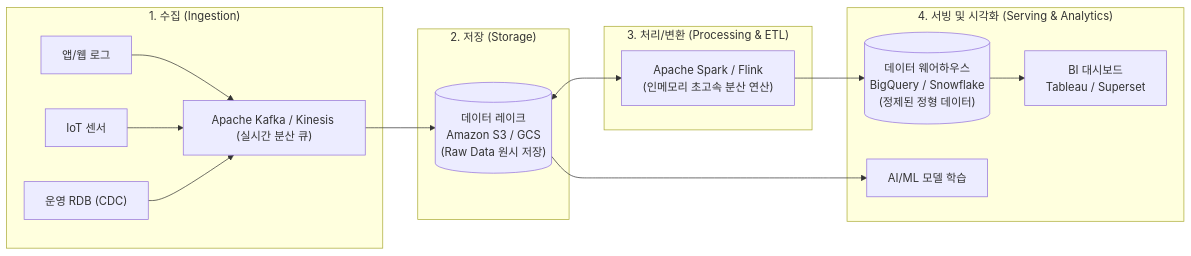
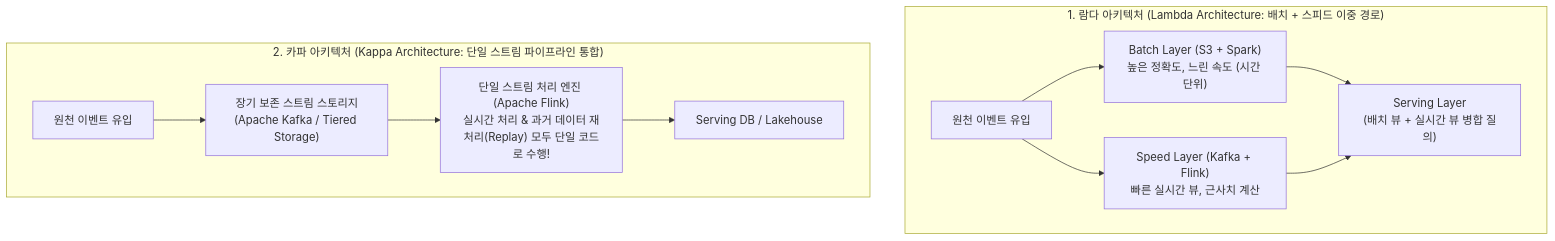
Diagram 15 of 26 in 10_클라우드_빅데이터_인공지능.md (keimania/tech-notes), drawn with Mermaid before and after one commit. The commit also changed other lines of this file and 12 other files, not shown here.

````diff
--- a/10_클라우드_빅데이터_인공지능.md
+++ b/10_클라우드_빅데이터_인공지능.md
@@ -842,31 +1242,17 @@
 ```mermaid
-flowchart LR
-    subgraph Ingestion["1. 수집 (Ingestion)"]
-        S_App["앱/웹 로그"]
-        S_IoT["IoT 센서"]
-        S_DB["운영 RDB (CDC)"]
-        Kafka["Apache Kafka / Kinesis (실시간 분산 큐)"]
-        S_App --> Kafka
-        S_IoT --> Kafka
-        S_DB --> Kafka
+flowchart TD
+    subgraph Lambda_Arch ["1. 람다 아키텍처 (Lambda Architecture: 배치 + 스피드 이중 경로)"]
+        direction LR
+        L_Src["원천 이벤트 유입"] --> L_Batch["Batch Layer (S3 + Spark)\n높은 정확도, 느린 속도 (시간 단위)"]
+        L_Src --> L_Speed["Speed Layer (Kafka + Flink)\n빠른 실시간 뷰, 근사치 계산"]
+        L_Batch --> L_Serv["Serving Layer\n(배치 뷰 + 실시간 뷰 병합 질의)"]
+        L_Speed --> L_Serv
     end
 
-    subgraph Storage["2. 저장 (Storage)"]
-        Lake[("데이터 레이크\nAmazon S3 / GCS\n(Raw Data 원시 저장)")]
-        Kafka --> Lake
-    end
-
-    subgraph Processing["3. 처리/변환 (Processing & ETL)"]
-        Spark["Apache Spark / Flink\n(인메모리 초고속 분산 연산)"]
-        Lake <--> Spark
-    end
-
-    subgraph Serving["4. 서빙 및 시각화 (Serving & Analytics)"]
-        DW[("데이터 웨어하우스\nBigQuery / Snowflake\n(정제된 정형 데이터)")]
-        BI["BI 대시보드\nTableau / Superset"]
-        ML["AI/ML 모델 학습"]
-        Spark --> DW
-        DW --> BI
-        Lake --> ML
+    subgraph Kappa_Arch ["2. 카파 아키텍처 (Kappa Architecture: 단일 스트림 파이프라인 통합)"]
+        direction LR
+        K_Src["원천 이벤트 유입"] --> K_Kafka["장기 보존 스트림 스토리지\n(Apache Kafka / Tiered Storage)"]
+        K_Kafka --> K_Flink["단일 스트림 처리 엔진 (Apache Flink)\n실시간 처리 & 과거 데이터 재처리(Replay) 모두 단일 코드로 수행!"]
+        K_Flink --> K_Serv["Serving DB / Lakehouse"]
     end
 ```
````
